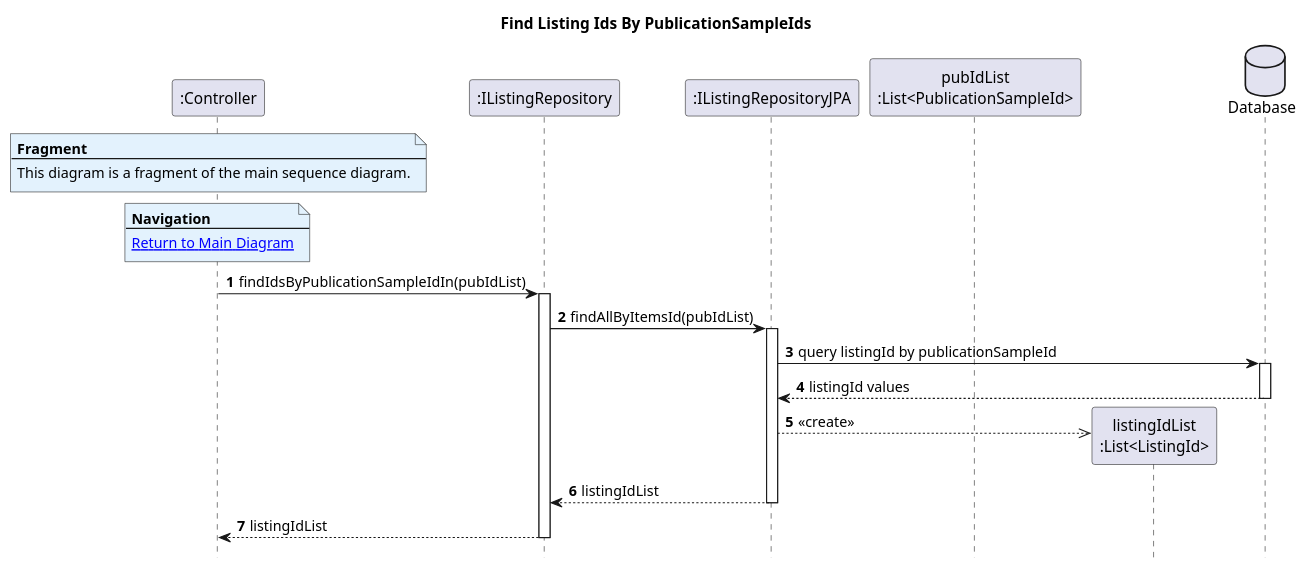
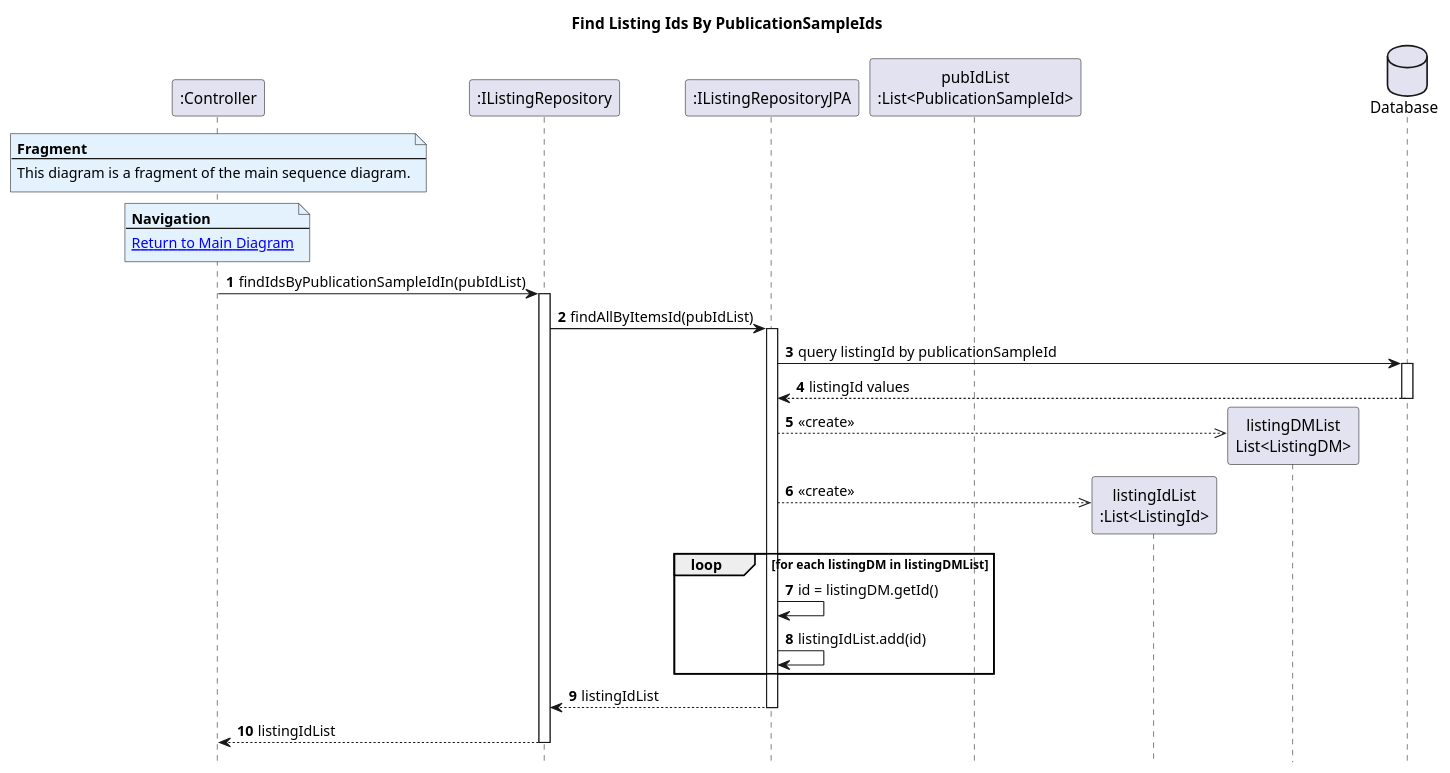
One commit to AndrePereiraGitH/SWitCH-Project-Team_A changed the diagram in Diagrams/SequenceDiagrams/N2/To-get-list-of-items-in-auction-of-a-given-author/5.FindListingIdsByPublicationSampleIds.puml. Above: the diagram before and after it, drawn with PlantUML. The commit also changed 1 other file, not shown here.

Commit message:
fix #702: SD - represent List of ListingId creation, activation bar in auctionDM getters

```diff
--- a/Diagrams/SequenceDiagrams/N2/To-get-list-of-items-in-auction-of-a-given-author/5.FindListingIdsByPublicationSampleIds.puml
+++ b/Diagrams/SequenceDiagrams/N2/To-get-list-of-items-in-auction-of-a-given-author/5.FindListingIdsByPublicationSampleIds.puml
@@ -1,43 +1,54 @@
 @startuml
 hide footbox
 autonumber
 title Find Listing Ids By PublicationSampleIds
 
 participant ":Controller" as Ctrl
 participant ":IListingRepository" as listingRepo
 participant ":IListingRepositoryJPA" as listingRepoJPA
 participant "pubIdList\n:List<PublicationSampleId>" as pubIdList
 participant "listingIdList\n:List<ListingId>" as listingIdList
+participant "listingDMList\nList<ListingDM>" as listingDMList
+
 database "Database" as db
 
 note over Ctrl #E3F2FD
 <b>Fragment</b>
 ---
 This diagram is a fragment of the main sequence diagram.
 end note
 
 note over Ctrl #E3F2FD
 <b>Navigation</b>
 ---
 [[1.MainDiagram.puml Return to Main Diagram]]
 end note
 
 Ctrl -> listingRepo : findIdsByPublicationSampleIdIn(pubIdList)
 activate listingRepo
 
 listingRepo -> listingRepoJPA : findAllByItemsId(pubIdList)
 activate listingRepoJPA
 
 listingRepoJPA -> db : query listingId by publicationSampleId
 activate db
 db --> listingRepoJPA : listingId values
 deactivate db
 
+listingRepoJPA -->> listingDMList** : <<create>>
+
 listingRepoJPA -->> listingIdList ** : <<create>>
+
+loop for each listingDM in listingDMList
+listingRepoJPA -> listingRepoJPA : id = listingDM.getId()
+listingRepoJPA -> listingRepoJPA : listingIdList.add(id)
+
+end loop
+
 listingRepoJPA --> listingRepo : listingIdList
 deactivate listingRepoJPA
 
 listingRepo --> Ctrl : listingIdList
 deactivate listingRepo
 
 @enduml
```
